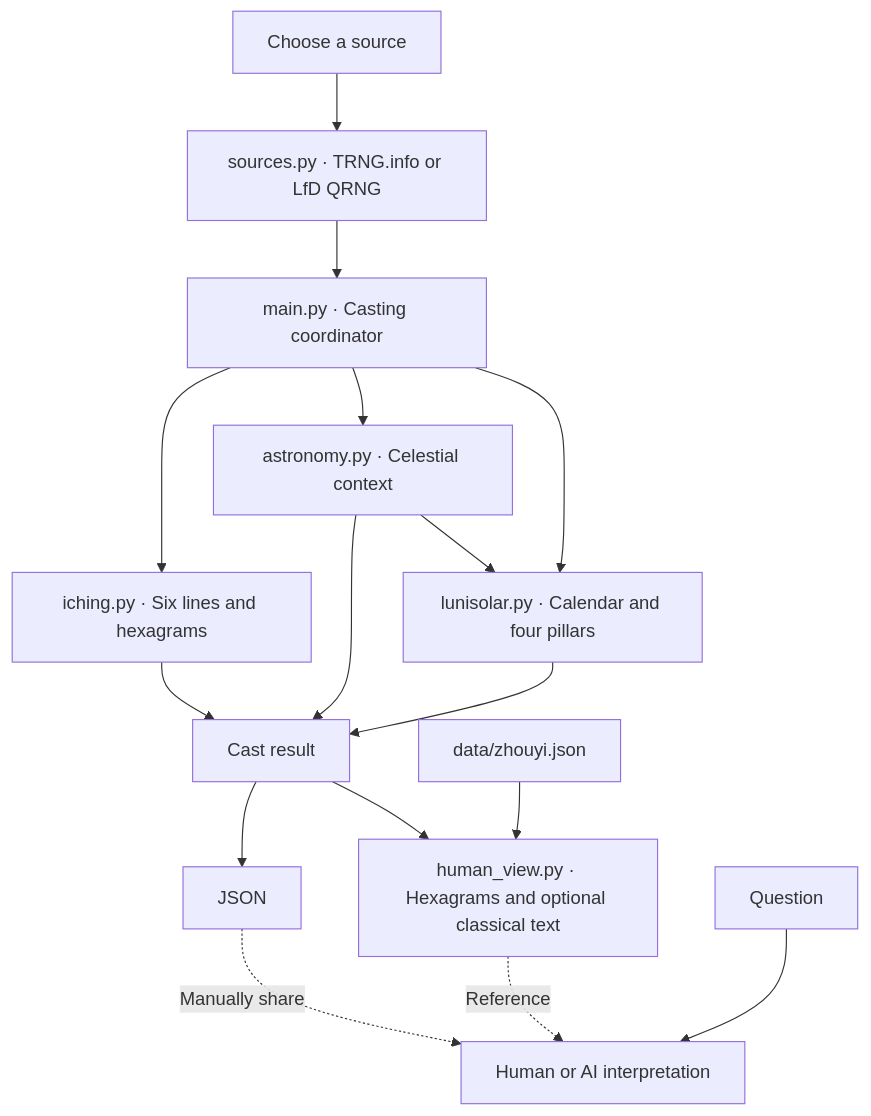
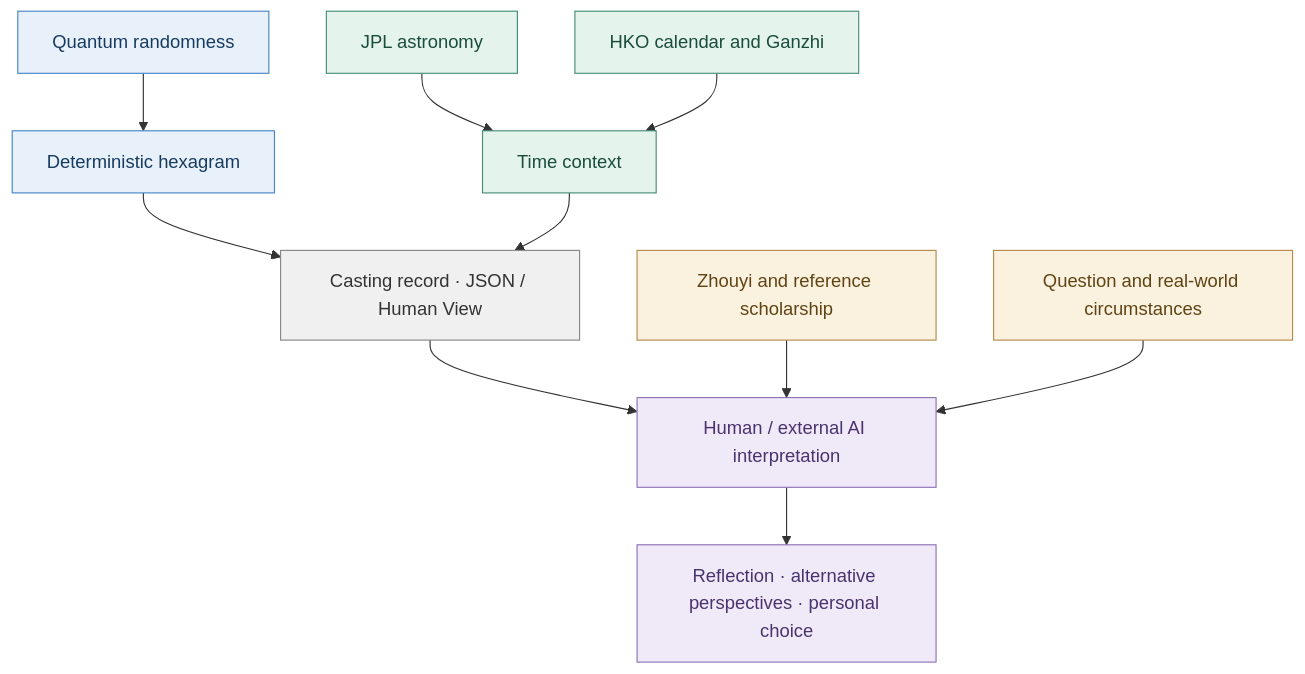
One commit to cctsao1008/trng-iching changed the diagram in README.md. Above: the diagram before and after it, drawn with Mermaid. The commit also changed other lines of this file, not shown here.

Commit message:
docs: present system architecture and separate science from interpretation

````diff
--- a/README.md
+++ b/README.md
@@ -212,18 +212,23 @@
 ```mermaid
 flowchart TD
-    U[Choose a source] --> S["sources.py · TRNG.info or LfD QRNG"]
-    S --> M["main.py · Casting coordinator"]
-    M --> I["iching.py · Six lines and hexagrams"]
-    M --> A["astronomy.py · Celestial context"]
-    A --> L["lunisolar.py · Calendar and four pillars"]
-    M --> L
-    I --> R["Cast result"]
-    A --> R
-    L --> R
-    R --> J["JSON"]
-    R --> H["human_view.py · Hexagrams and optional classical text"]
-    D["data/zhouyi.json"] --> H
-    J -. Manually share .-> Q["Human or AI interpretation"]
-    H -. Reference .-> Q
-    P["Question"] --> Q
+    Q["Quantum randomness"] --> H["Deterministic hexagram"]
+    A["JPL astronomy"] --> T["Time context"]
+    C["HKO calendar and Ganzhi"] --> T
+    H --> R["Casting record · JSON / Human View"]
+    T --> R
+    R --> I["Human / external AI interpretation"]
+    Z["Zhouyi and reference scholarship"] --> I
+    P["Question and real-world circumstances"] --> I
+    I --> O["Reflection · alternative perspectives · personal choice"]
+
+    classDef randomness fill:#e8f1fa,stroke:#4786c6,color:#173b60
+    classDef science fill:#e5f3ed,stroke:#468e78,color:#194c3c
+    classDef record fill:#f0f0f0,stroke:#888,color:#333
+    classDef references fill:#faf1df,stroke:#b58b4b,color:#604414
+    classDef reflection fill:#f0eaf8,stroke:#8c72b5,color:#49336e
+    class Q,H randomness
+    class A,C,T science
+    class R record
+    class Z,P references
+    class I,O reflection
 ```
````
